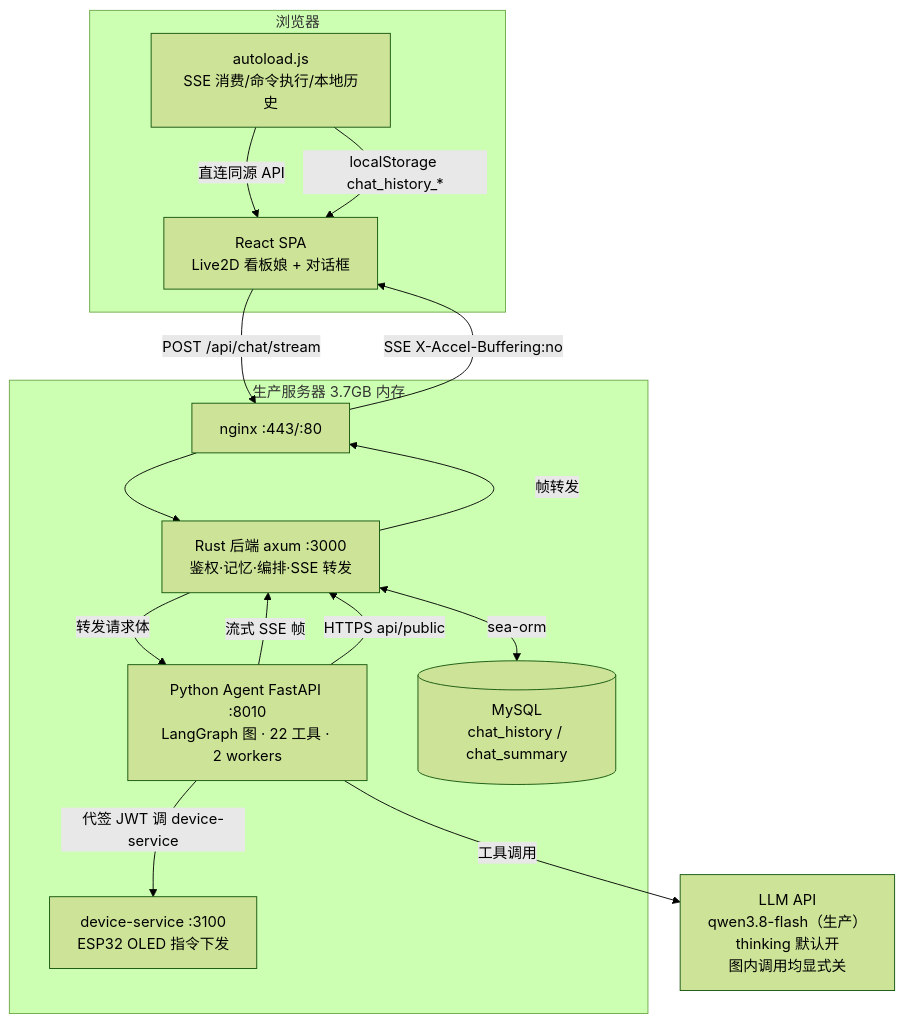
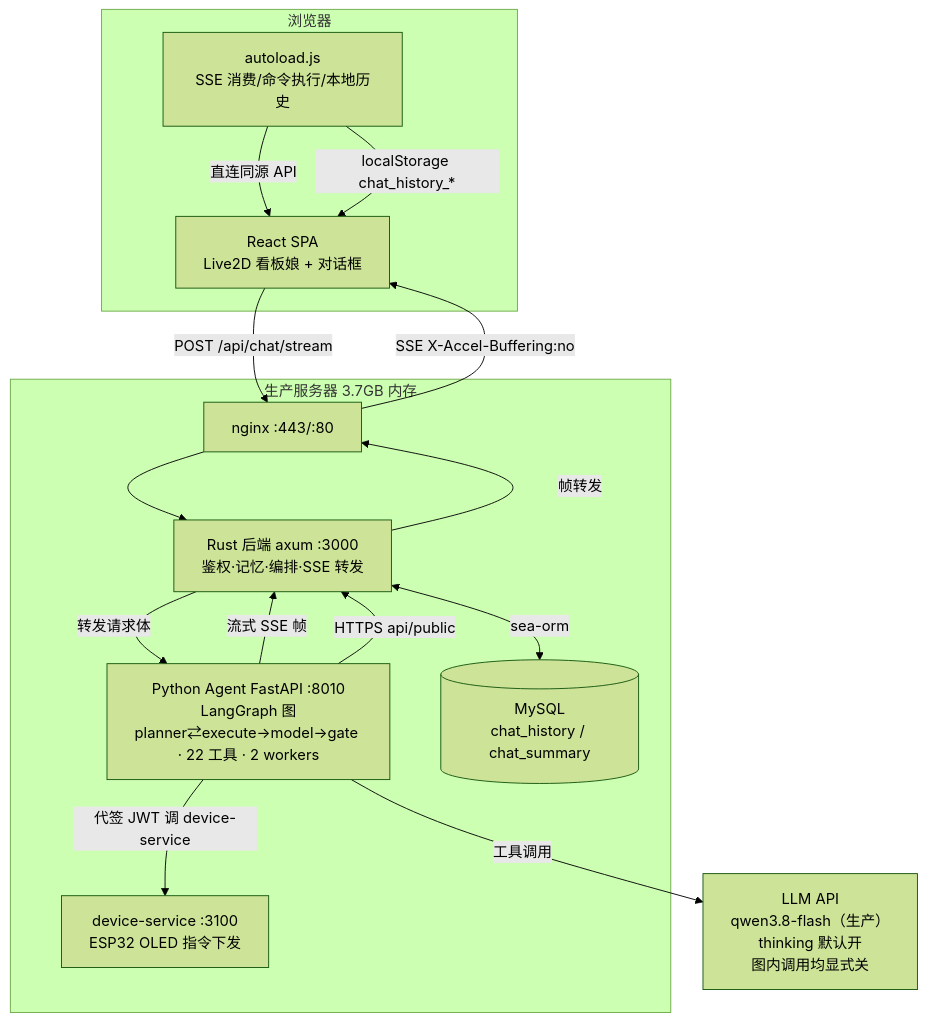
One commit to BigLeopardCat/saudade-blog-agent changed the first of 5 diagrams in docs/agent-architecture.md. Above: the diagram before and after it, drawn with Mermaid (forest theme). The commit also changed other lines of this file and 10 other files, not shown here.

````diff
--- a/docs/agent-architecture.md
+++ b/docs/agent-architecture.md
@@ -22,30 +22,30 @@
 ```mermaid
 flowchart TB
     subgraph Browser[浏览器]
         UI[React SPA<br/>Live2D 看板娘 + 对话框]
         AJS[autoload.js<br/>SSE 消费/命令执行/本地历史]
     end
 
     subgraph Server[生产服务器 3.7GB 内存]
         NGX[nginx :443/:80]
         RUST[Rust 后端 axum :3000<br/>鉴权·记忆·编排·SSE 转发]
-        AGT[Python Agent FastAPI :8010<br/>LangGraph 图 · 22 工具 · 2 workers]
+        AGT[Python Agent FastAPI :8010<br/>LangGraph 图<br/>planner⇄execute→model→gate · 22 工具 · 2 workers]
         MYSQL[(MySQL<br/>chat_history / chat_summary)]
         DEV[device-service :3100<br/>ESP32 OLED 指令下发]
     end
 
     LLM[LLM API<br/>qwen3.8-flash（生产）<br/>thinking 默认开<br/>图内调用均显式关]
 
     UI -->|POST /api/chat/stream| NGX
     NGX --> RUST
     RUST -->|转发请求体| AGT
     AGT -->|流式 SSE 帧| RUST
     RUST -->|帧转发| NGX
     NGX -->|SSE X-Accel-Buffering:no| UI
     AJS -->|直连同源 API| UI
     RUST <-->|sea-orm| MYSQL
     AGT -->|工具调用| LLM
     AGT -->|HTTPS api/public| RUST
     AGT -->|代签 JWT 调 device-service| DEV
     AJS -->|localStorage chat_history_*| UI
 ```
````
